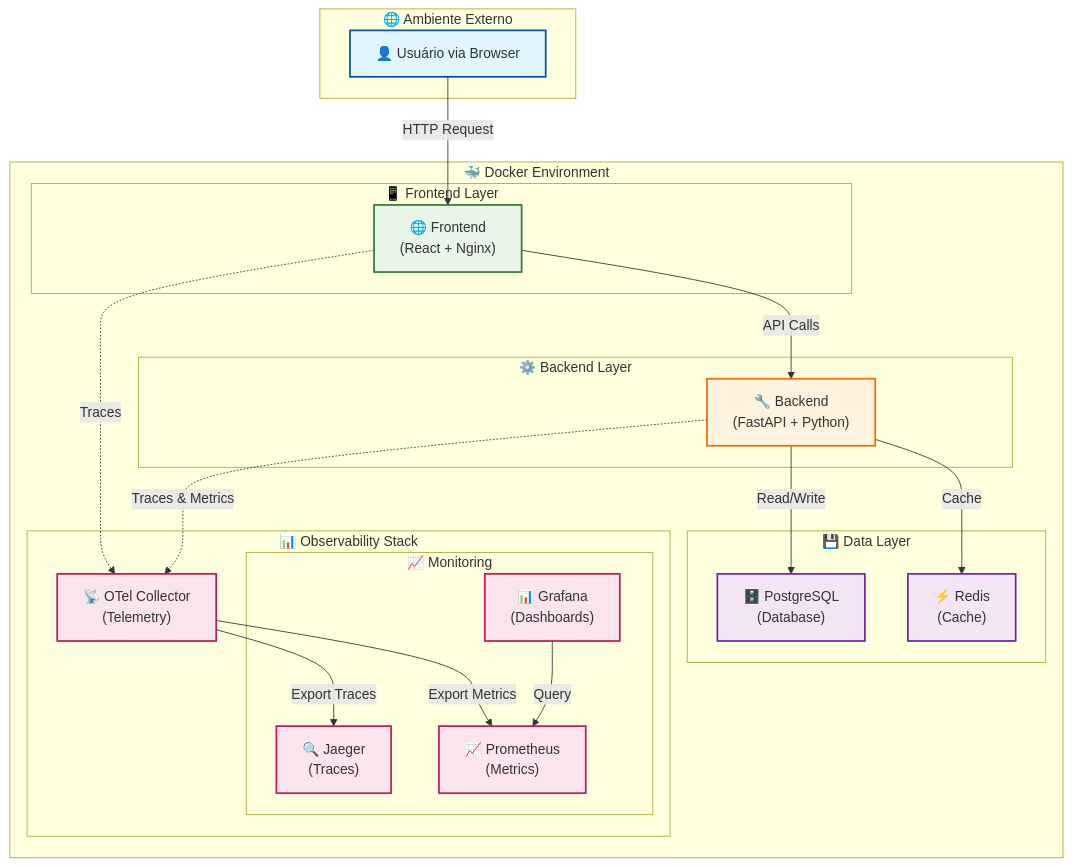
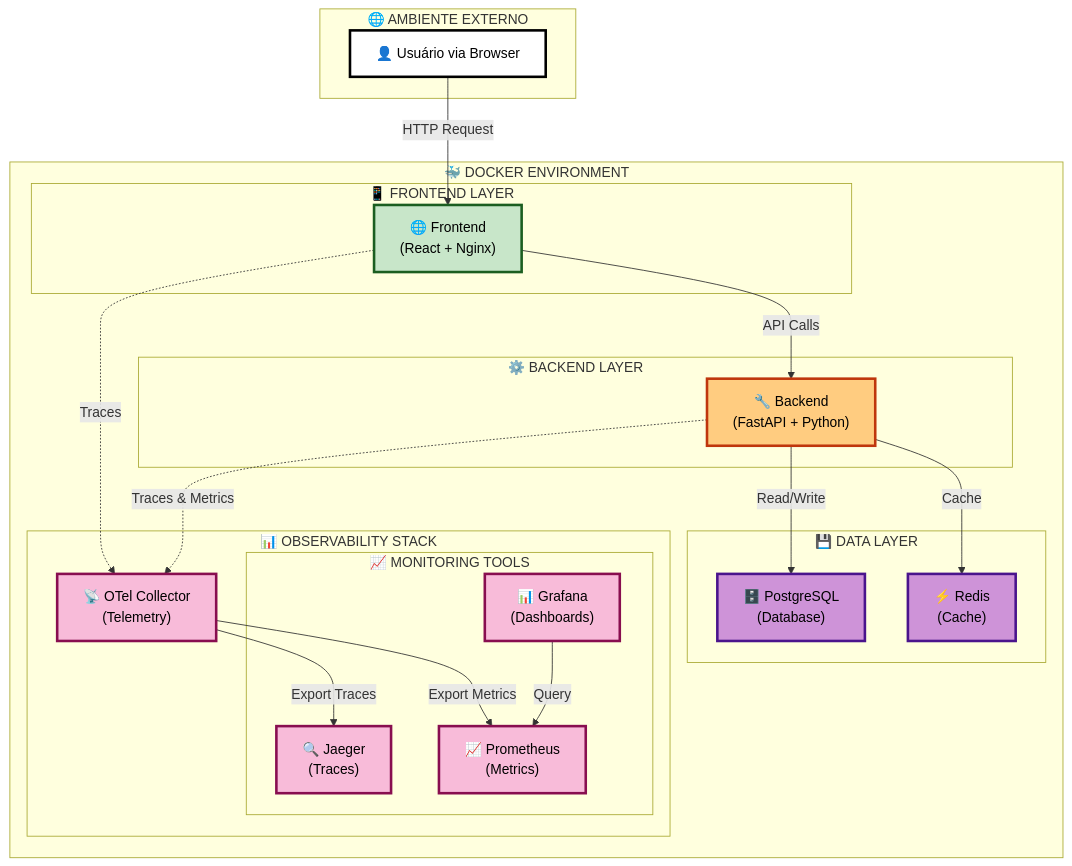
The diagram in README.md (Tech-Preta/fintelli), drawn with Mermaid before and after one commit.

Commit message:
refactor: atualiza diagrama de arquitetura no README.md para melhor clareza e contraste

````diff
--- a/README.md
+++ b/README.md
@@ -7,59 +7,59 @@
 ```mermaid
 graph TD
-    subgraph "🌐 Ambiente Externo"
+    subgraph External["🌐 AMBIENTE EXTERNO"]
         User["👤 Usuário via Browser"]
     end
 
-    subgraph "🐳 Docker Environment"
-        subgraph "📱 Frontend Layer"
+    subgraph Docker["🐳 DOCKER ENVIRONMENT"]
+        subgraph FrontendLayer["📱 FRONTEND LAYER"]
             Frontend["🌐 Frontend<br/>(React + Nginx)"]
         end
 
-        subgraph "⚙️ Backend Layer"
+        subgraph BackendLayer["⚙️ BACKEND LAYER"]
             Backend["🔧 Backend<br/>(FastAPI + Python)"]
         end
 
-        subgraph "💾 Data Layer"
+        subgraph DataLayer["💾 DATA LAYER"]
             Postgres["🗄️ PostgreSQL<br/>(Database)"]
             Redis["⚡ Redis<br/>(Cache)"]
         end
 
-        subgraph "📊 Observability Stack"
+        subgraph ObsStack["📊 OBSERVABILITY STACK"]
             OTel["📡 OTel Collector<br/>(Telemetry)"]
             
-            subgraph "📈 Monitoring"
+            subgraph Monitoring["📈 MONITORING TOOLS"]
                 Jaeger["🔍 Jaeger<br/>(Traces)"]
                 Grafana["📊 Grafana<br/>(Dashboards)"]
                 Prometheus["📈 Prometheus<br/>(Metrics)"]
             end
         end
     end
 
     %% User Flow
     User -->|HTTP Request| Frontend
     Frontend -->|API Calls| Backend
     
     %% Data Flow
     Backend -->|Read/Write| Postgres
     Backend -->|Cache| Redis
     
     %% Telemetry Flow
     Frontend -.->|Traces| OTel
     Backend -.->|Traces & Metrics| OTel
     OTel -->|Export Traces| Jaeger
     OTel -->|Export Metrics| Prometheus
     Grafana -->|Query| Prometheus
 
-    %% Styles
-    classDef userStyle fill:#e1f5fe,stroke:#01579b,stroke-width:2px
-    classDef frontendStyle fill:#e8f5e8,stroke:#2e7d32,stroke-width:2px
-    classDef backendStyle fill:#fff3e0,stroke:#ef6c00,stroke-width:2px
-    classDef dataStyle fill:#f3e5f5,stroke:#7b1fa2,stroke-width:2px
-    classDef obsStyle fill:#fce4ec,stroke:#c2185b,stroke-width:2px
+    %% High Contrast Styles
+    classDef userStyle fill:#ffffff,stroke:#000000,stroke-width:3px,color:#000000
+    classDef frontendStyle fill:#c8e6c9,stroke:#1b5e20,stroke-width:3px,color:#000000
+    classDef backendStyle fill:#ffcc80,stroke:#bf360c,stroke-width:3px,color:#000000
+    classDef dataStyle fill:#ce93d8,stroke:#4a148c,stroke-width:3px,color:#000000
+    classDef obsStyle fill:#f8bbd9,stroke:#880e4f,stroke-width:3px,color:#000000
     
     class User userStyle
     class Frontend frontendStyle
     class Backend backendStyle
     class Postgres,Redis dataStyle
     class OTel,Jaeger,Grafana,Prometheus obsStyle
 ```
````
